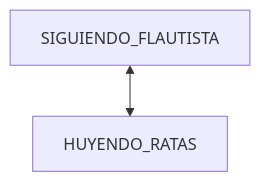
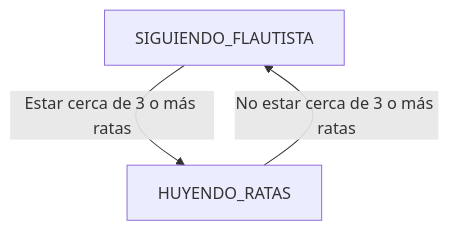
One commit to IAV26-G09/IAV26-G09-P1 changed the second of 4 diagrams in README.md. Above: the diagram before and after it, drawn with Mermaid. The commit also changed other lines of this file, not shown here.

````diff
--- a/README.md
+++ b/README.md
@@ -69,4 +93,5 @@
 ```mermaid
 graph TD;
-  SIGUIENDO_FLAUTISTA<-->HUYENDO_RATAS;
+  SIGUIENDO_FLAUTISTA-- Estar cerca de 3 o más ratas -->HUYENDO_RATAS
+  HUYENDO_RATAS-- No estar cerca de 3 o más ratas -->SIGUIENDO_FLAUTISTA;
 ```
````
